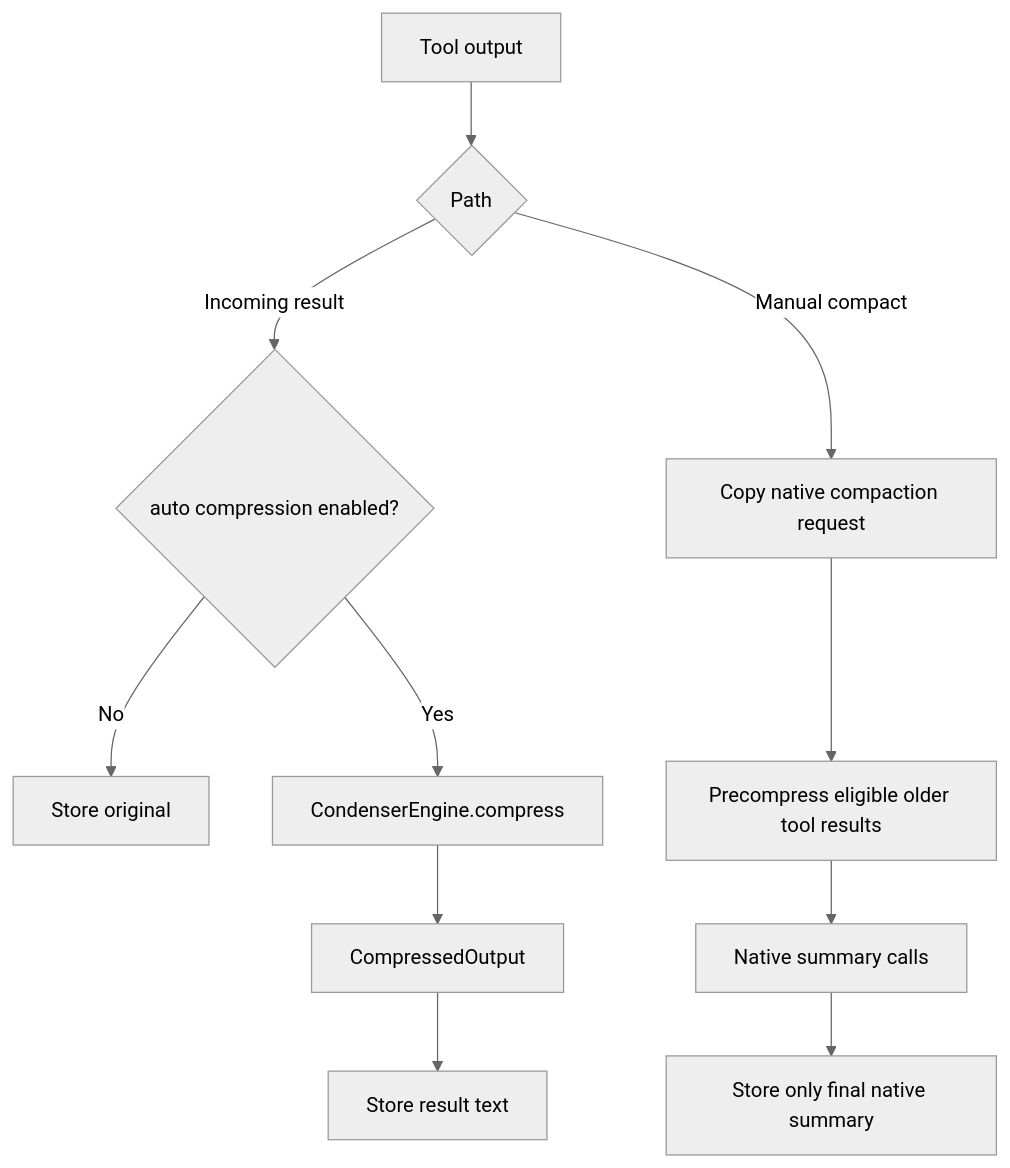
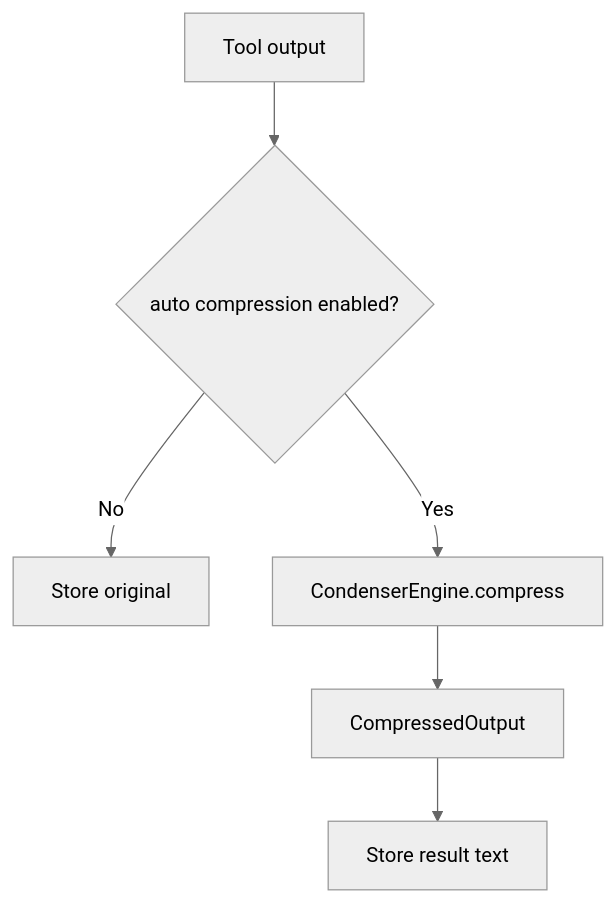
One commit to mdz-axo/zed-kask changed the diagram in kask/docs/diataxis/hkask-condenser/explanation.md. Above: the diagram before and after it, drawn with Mermaid (neutral theme). The commit also changed other lines of this file and 3 other files, not shown here.

First line of the commit message:
Update condenser docs for ingestion-only role

````diff
--- a/kask/docs/diataxis/hkask-condenser/explanation.md
+++ b/kask/docs/diataxis/hkask-condenser/explanation.md
@@ -30,13 +30,8 @@
 ```mermaid
 flowchart TD
-    A[Tool output] --> B{Path}
-    B -->|Incoming result| C{auto compression enabled?}
-    C -->|No| D[Store original]
-    C -->|Yes| E[CondenserEngine.compress]
-    B -->|Manual compact| F[Copy native compaction request]
-    F --> G[Precompress eligible older tool results]
-    G --> H[Native summary calls]
-    E --> I[CompressedOutput]
-    I --> J[Store result text]
-    H --> K[Store only final native summary]
+    A[Tool output] --> B{auto compression enabled?}
+    B -->|No| C[Store original]
+    B -->|Yes| D[CondenserEngine.compress]
+    D --> E[CompressedOutput]
+    E --> F[Store result text]
 ```
````
